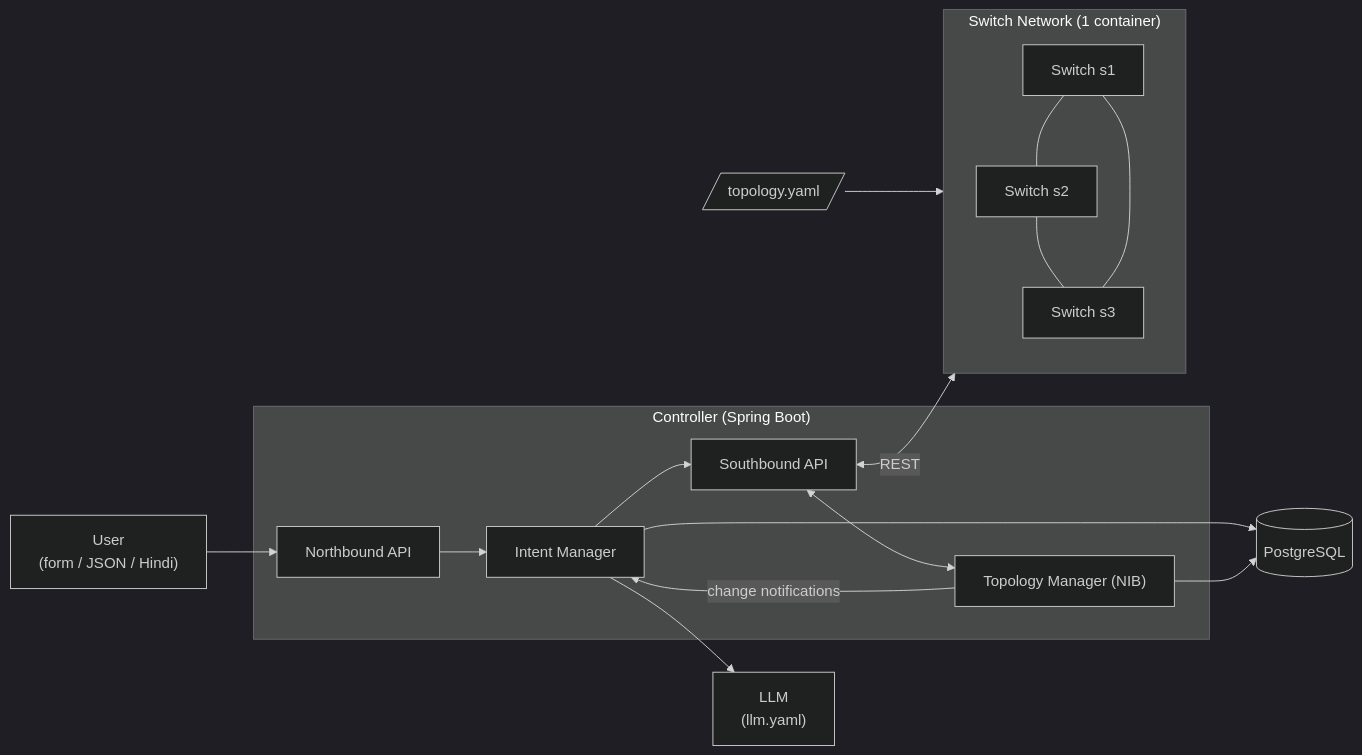
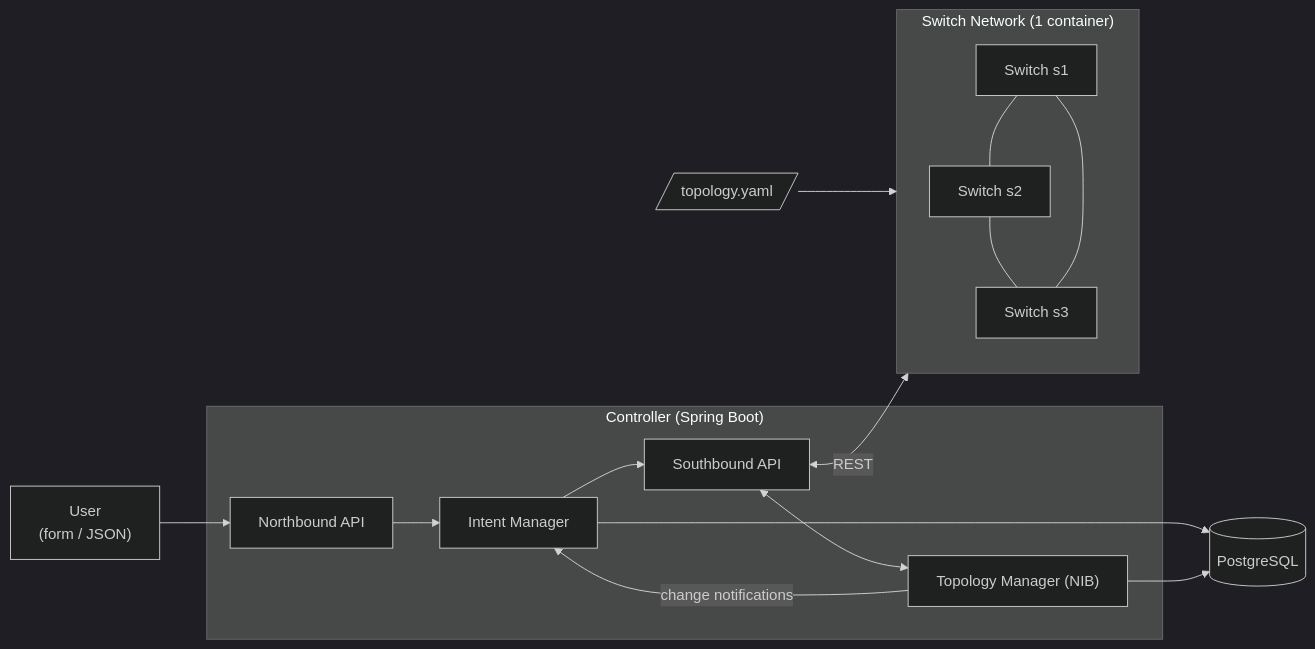
The first of 9 diagrams in docs/ORION_DESIGN.md (raghavsarna/orion), drawn with Mermaid (dark theme) before and after one commit. The commit also changed other lines of this file and 23 other files, not shown here.

````diff
--- a/docs/ORION_DESIGN.md
+++ b/docs/ORION_DESIGN.md
@@ -18,31 +18,29 @@
 ```mermaid
 flowchart LR
-    USER["User<br/>(form / JSON / Hindi)"]
+    USER["User<br/>(form / JSON)"]
     FILE[/"topology.yaml"/]
 
     subgraph CONTROLLER["Controller (Spring Boot)"]
         NB["Northbound API"]
         IM["Intent Manager"]
         TM["Topology Manager (NIB)"]
         SB["Southbound API"]
     end
 
     DB[("PostgreSQL")]
-    LLM["LLM<br/>(llm.yaml)"]
 
     subgraph NET["Switch Network (1 container)"]
         S1["Switch s1"] --- S2["Switch s2"]
         S2 --- S3["Switch s3"]
         S1 --- S3
     end
 
     USER --> NB --> IM
-    IM --> LLM
     TM -- "change notifications" --> IM
     IM --> DB
     TM --> DB
     SB <--> TM
     IM --> SB
     SB <-- "REST" --> NET
     FILE --> NET
 ```
````
